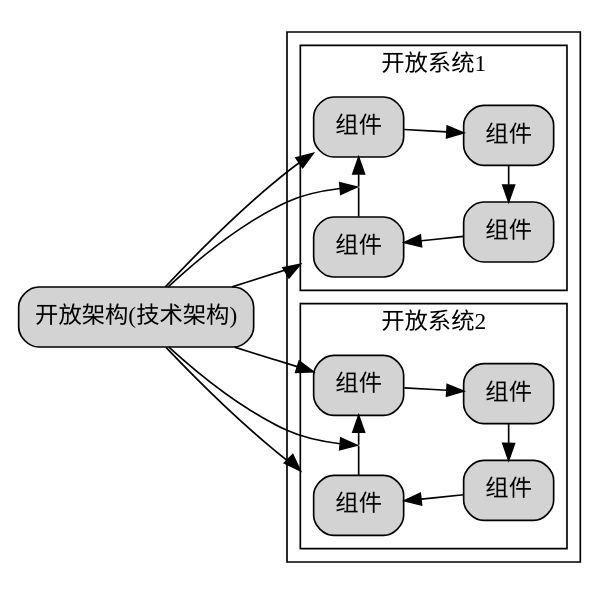
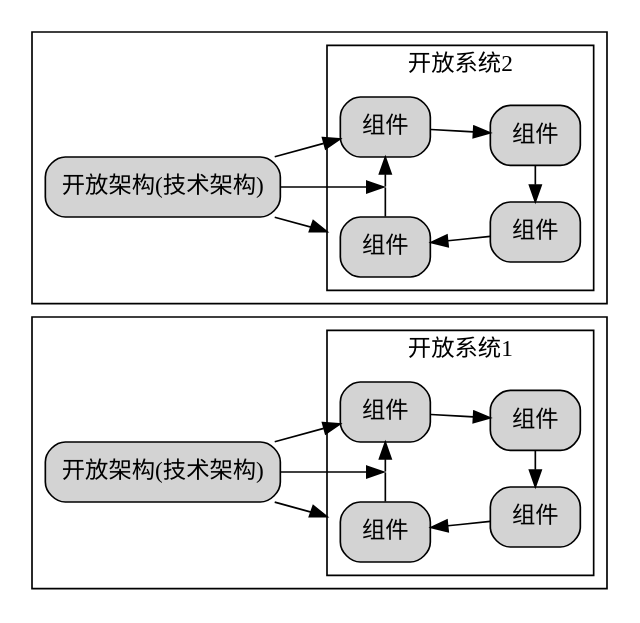
The diagram in parts/definition1.dot (chaozhang2000/soa), drawn with Graphviz before and after one commit. The commit also changed 1 other file, not shown here.

```diff
--- a/parts/definition1.dot
+++ b/parts/definition1.dot
@@ -1,59 +1,63 @@
 digraph G {
   graph [rankdir=LR,compound=true];
   node [shape=box, style="rounded,filled"];
   
   subgraph cluster1{
     label=""
     style=dash
     
     subgraph cluster_system1{
       label="开放系统1"
       node1[label="组件"]
       node2[label="组件"] 
       node3[label="组件"]
       node4[label="组件"]
       
       // 创建不可见节点
       invis_node1 [shape=point, width=0, height=0, label=""]
       
       // 重新连接节点，在node1和node2之间插入不可见节点
       node1 -> node2
       node2 -> node3
       node3 -> node4
       node4 -> invis_node1 [dir=none]  // dir=none 表示没有箭头
       invis_node1 -> node1
       
       {rank=same;node1;node4;invis_node1}
       {rank=same;node2;node3}
     }
+  TA1[label="开放架构(技术架构)"]
+  TA1->node1
+  TA1->invis_node1
+  TA1->node4[lhead="cluster_system1"]
+}
+  subgraph cluster2{
+    label=""
+    style=dash
     
     subgraph cluster_system2{
       label="开放系统2"
       node5[label="组件"]
       node6[label="组件"] 
       node7[label="组件"]
       node8[label="组件"]
       
       // 创建不可见节点
       invis_node2 [shape=point, width=0, height=0, label=""]
       
       // 重新连接节点，在node5和node6之间插入不可见节点
       node5 -> node6
       node6 -> node7
       node7 -> node8
       node8 -> invis_node2 [dir=none]  // dir=none 表示没有箭头
       invis_node2 -> node5
       
       {rank=same;node5;node8;invis_node2}
       {rank=same;node6;node7}
     }
+  TA2[label="开放架构(技术架构)"]
+  TA2->node5
+  TA2->invis_node2
+  TA2->node8[lhead="cluster_system2"]
   }
-  
-  TA[label="开放架构(技术架构)"]
-  TA->node1
-  TA->invis_node1
-  TA->node4[lhead="cluster_system1"]
-  TA->node5
-  TA->invis_node2
-  TA->node8[lhead="cluster_system2"]
 }
```
